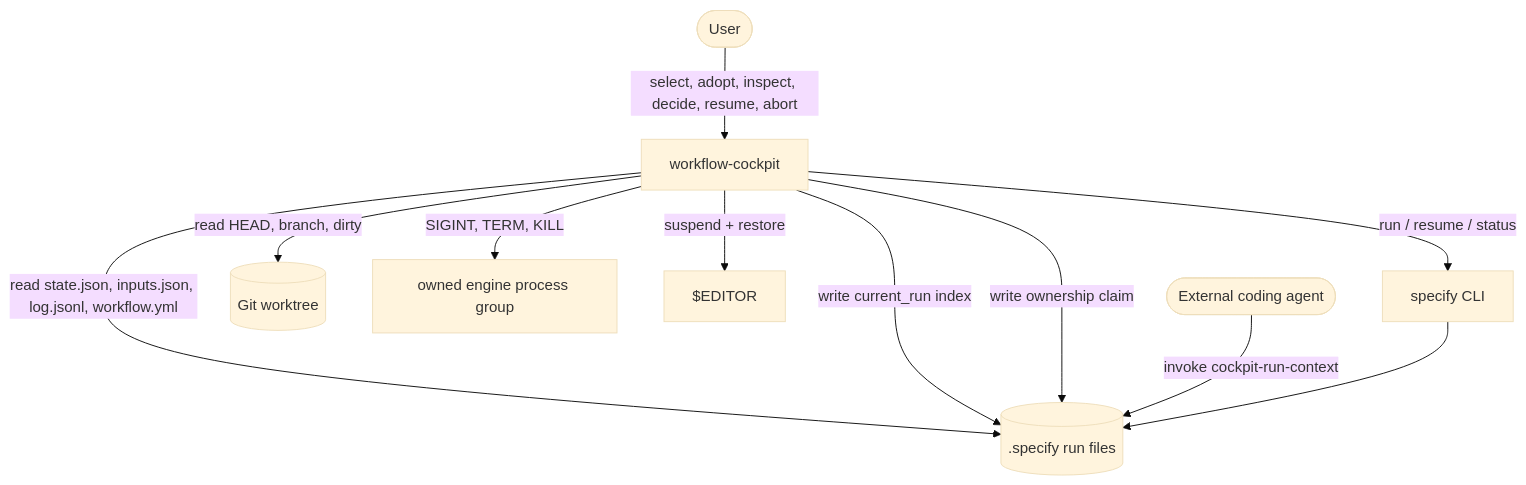
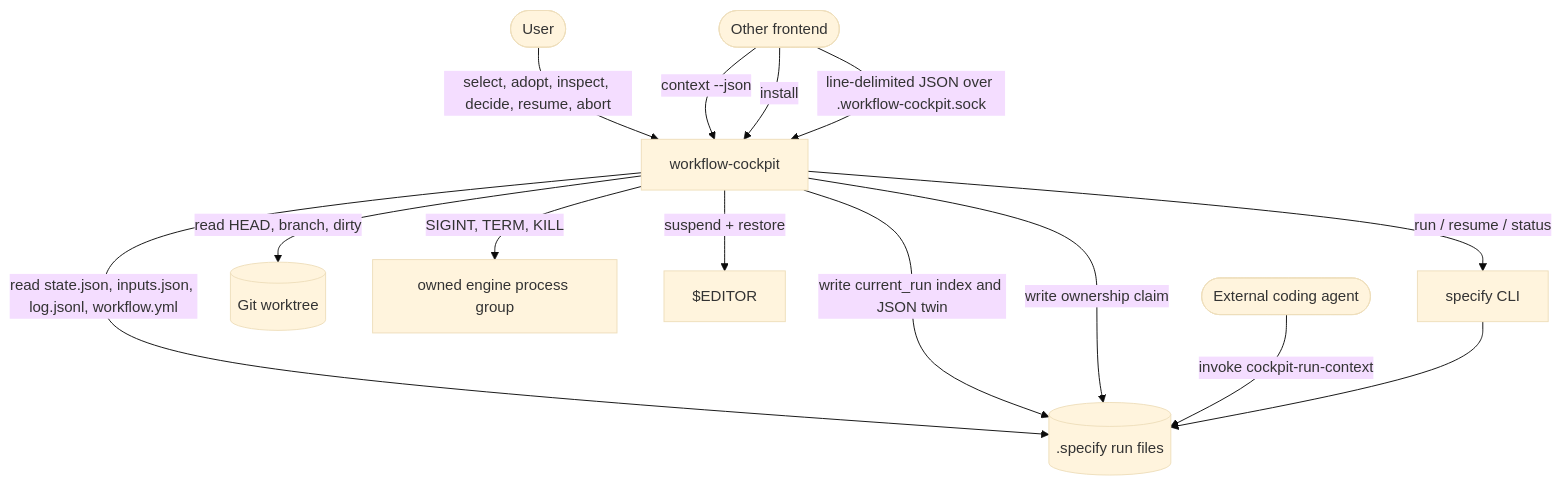
One commit to markuswondrak/spec-kit-workflow-cockpit changed the diagram in docs/architecture/03-context-and-scope.md. Above: the diagram before and after it, drawn with Mermaid (base theme). The commit also changed other lines of this file and 47 other files, not shown here.

````diff
--- a/docs/architecture/03-context-and-scope.md
+++ b/docs/architecture/03-context-and-scope.md
@@ -15,13 +15,16 @@
 ```mermaid
 flowchart TB
     user([User]) -->|select, adopt, inspect, decide, resume, abort| cockpit[workflow-cockpit]
     cockpit -->|run / resume / status| specify[specify CLI]
     cockpit -->|read state.json, inputs.json, log.jsonl, workflow.yml| runfiles[(.specify run files)]
     cockpit -->|read HEAD, branch, dirty| git[(Git worktree)]
     cockpit -->|SIGINT, TERM, KILL| group[owned engine process group]
-    cockpit -->|write current_run index| runfiles
+    cockpit -->|write current_run index and JSON twin| runfiles
     cockpit -->|write ownership claim| runfiles
     cockpit -->|suspend + restore| editor[$EDITOR]
+    frontend([Other frontend]) -->|context --json| cockpit
+    frontend -->|install| cockpit
+    frontend -->|line-delimited JSON over .workflow-cockpit.sock| cockpit
     agent([External coding agent]) -->|invoke cockpit-run-context| runfiles
     specify --> runfiles
 ```
````
